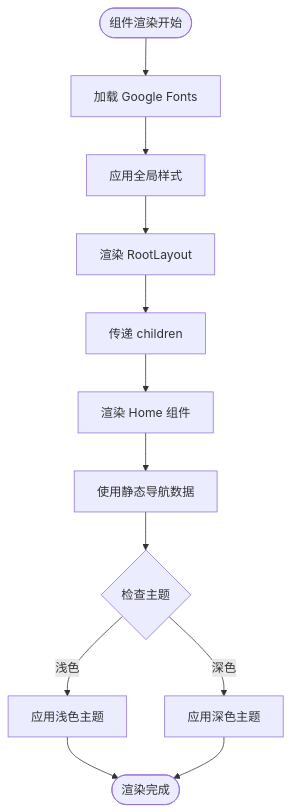
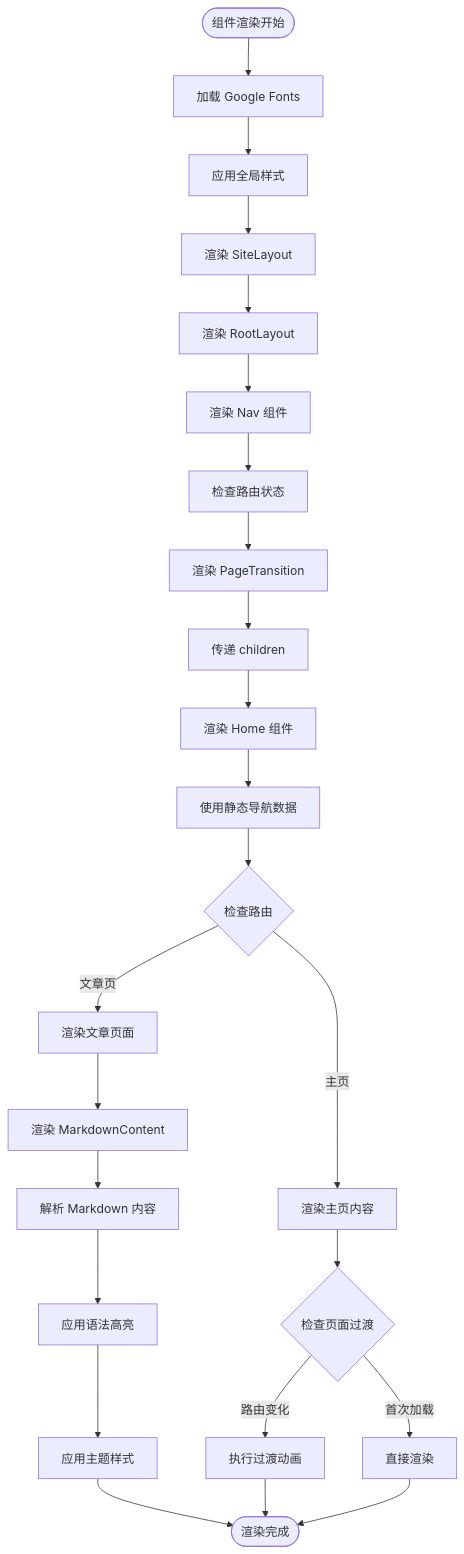
Before and after one commit to caoLei1997/Blog: the fourth of 6 diagrams in .qoder/repowiki/zh/content/项目架构/核心组件详解/组件交互与数据流.md, drawn with Mermaid. The commit also changed other lines of this file and 4 other files, not shown here.

````diff
--- a/.qoder/repowiki/zh/content/项目架构/核心组件详解/组件交互与数据流.md
+++ b/.qoder/repowiki/zh/content/项目架构/核心组件详解/组件交互与数据流.md
@@ -179,14 +291,26 @@
 ```mermaid
 flowchart TD
 Start([组件渲染开始]) --> LoadFonts["加载 Google Fonts"]
 LoadFonts --> ApplyCSS["应用全局样式"]
-ApplyCSS --> RenderLayout["渲染 RootLayout"]
-RenderLayout --> PassChildren["传递 children"]
+ApplyCSS --> RenderSiteLayout["渲染 SiteLayout"]
+RenderSiteLayout --> RenderRootLayout["渲染 RootLayout"]
+RenderRootLayout --> RenderNav["渲染 Nav 组件"]
+RenderNav --> CheckRouteState["检查路由状态"]
+CheckRouteState --> RenderPageTransition["渲染 PageTransition"]
+RenderPageTransition --> PassChildren["传递 children"]
 PassChildren --> RenderHome["渲染 Home 组件"]
 RenderHome --> StaticData["使用静态导航数据"]
-StaticData --> ThemeCheck{"检查主题"}
-ThemeCheck --> |浅色| LightTheme["应用浅色主题"]
-ThemeCheck --> |深色| DarkTheme["应用深色主题"]
-LightTheme --> Complete([渲染完成])
-DarkTheme --> Complete
+StaticData --> RouteCheck{"检查路由"}
+RouteCheck --> |文章页| ArticlePage["渲染文章页面"]
+RouteCheck --> |主页| HomePage["渲染主页内容"]
+ArticlePage --> MarkdownRender["渲染 MarkdownContent"]
+MarkdownRender --> ParseMarkdown["解析 Markdown 内容"]
+ParseMarkdown --> SyntaxHighlight["应用语法高亮"]
+SyntaxHighlight --> ThemeApply["应用主题样式"]
+HomePage --> TransitionCheck{"检查页面过渡"}
+TransitionCheck --> |路由变化| PageTransition["执行过渡动画"]
+TransitionCheck --> |首次加载| DirectRender["直接渲染"]
+ThemeApply --> Complete([渲染完成])
+PageTransition --> Complete
+DirectRender --> Complete
 ```
````
